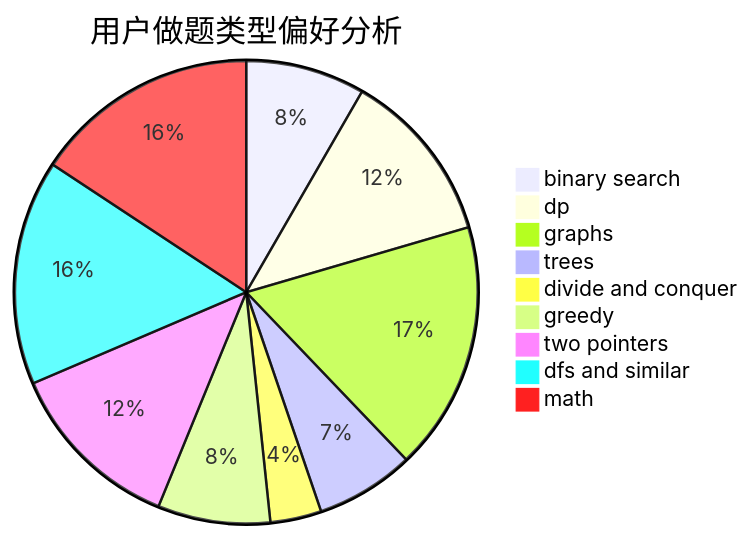
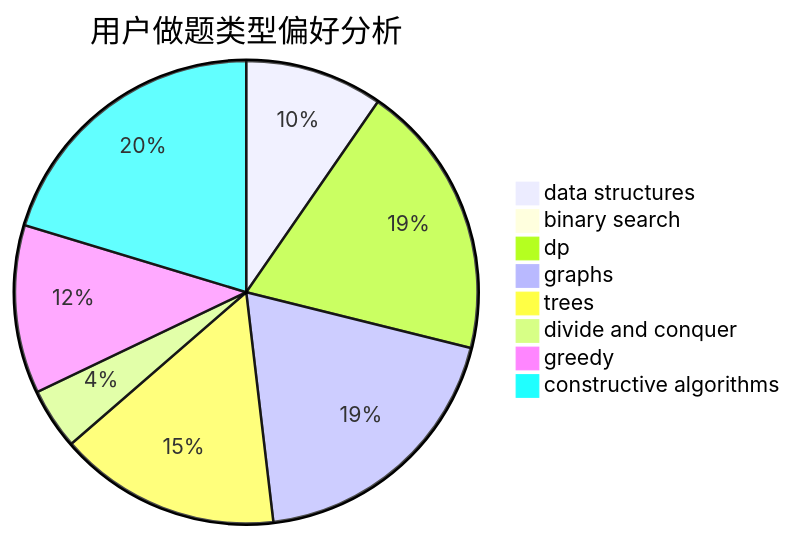
The second of 3 diagrams in docs/user/u2096.md (sherpahu/cfrs.github.io), drawn with Mermaid before and after one commit. The commit also changed other lines of this file and 2775 other files, not shown here.

````diff
--- a/docs/user/u2096.md
+++ b/docs/user/u2096.md
@@ -23,12 +23,11 @@
 ```mermaid
 pie title 用户做题类型偏好分析
-    "binary search" :  35
-    "dp" :  51
-    "graphs" :  73
+    "data structures" :  18
+    "binary search" :  1
+    "dp" :  36
+    "graphs" :  36
     "trees" :  29
-    "divide and conquer" :  15
-    "greedy" :  33
-    "two pointers" :  52
-    "dfs and similar" :  66
-    "math" :  66
+    "divide and conquer" :  8
+    "greedy" :  22
+    "constructive algorithms" :  38
 ```
````
